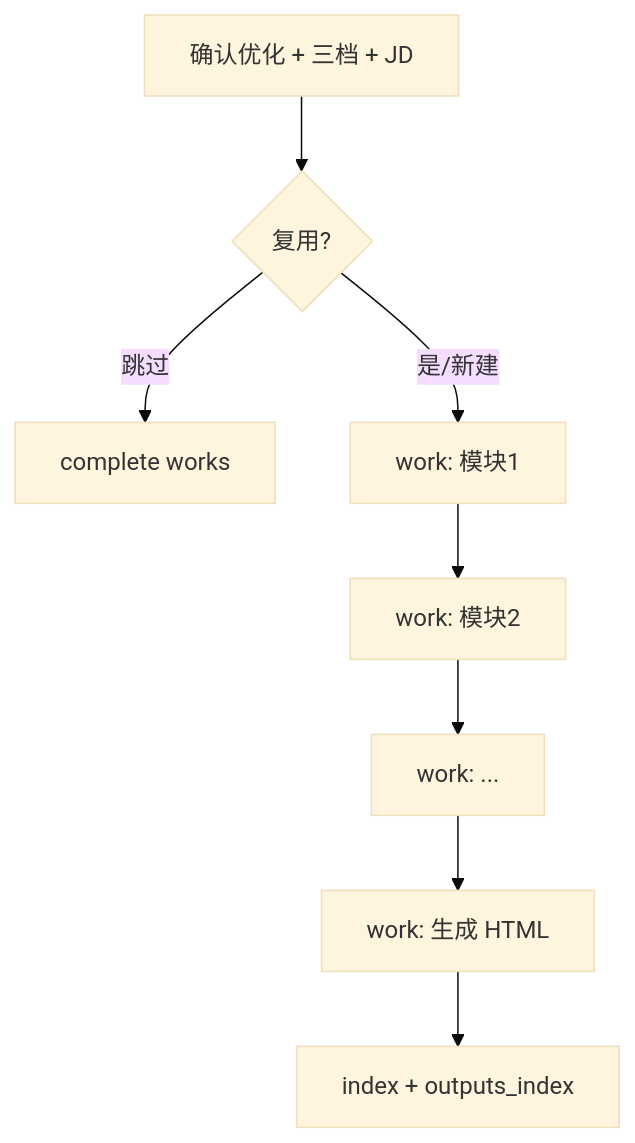
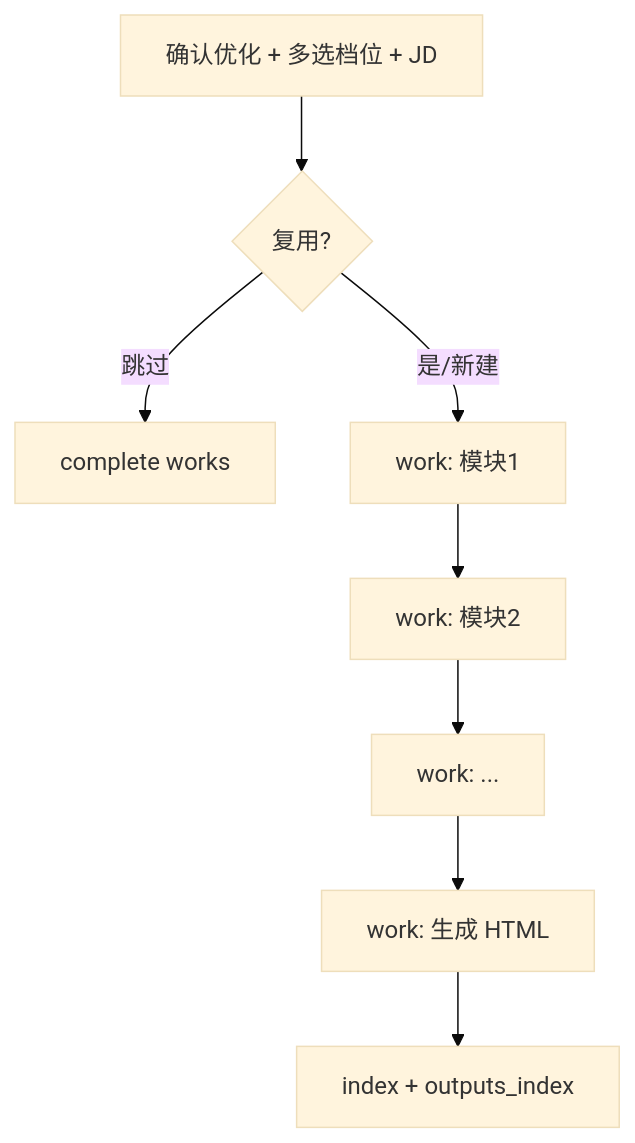
One commit to CatNum/AI-Optimized-Resume-V2 changed the diagram in .agent/skills/resume-module-optimize/SKILL.md. Above: the diagram before and after it, drawn with Mermaid (base theme). The commit also changed other lines of this file and 7 other files, not shown here.

````diff
--- a/.agent/skills/resume-module-optimize/SKILL.md
+++ b/.agent/skills/resume-module-optimize/SKILL.md
@@ -77,10 +78,10 @@
 ```mermaid
 flowchart TD
-  In[确认优化 + 三档 + JD] --> Reuse{复用?}
+  In[确认优化 + 多选档位 + JD] --> Reuse{复用?}
   Reuse -->|跳过| End[complete works]
   Reuse -->|是/新建| W1[work: 模块1]
   W1 --> W2[work: 模块2]
   W2 --> Wn[work: ...]
   Wn --> HTML[work: 生成 HTML]
   HTML --> Idx[index + outputs_index]
 ```
````
